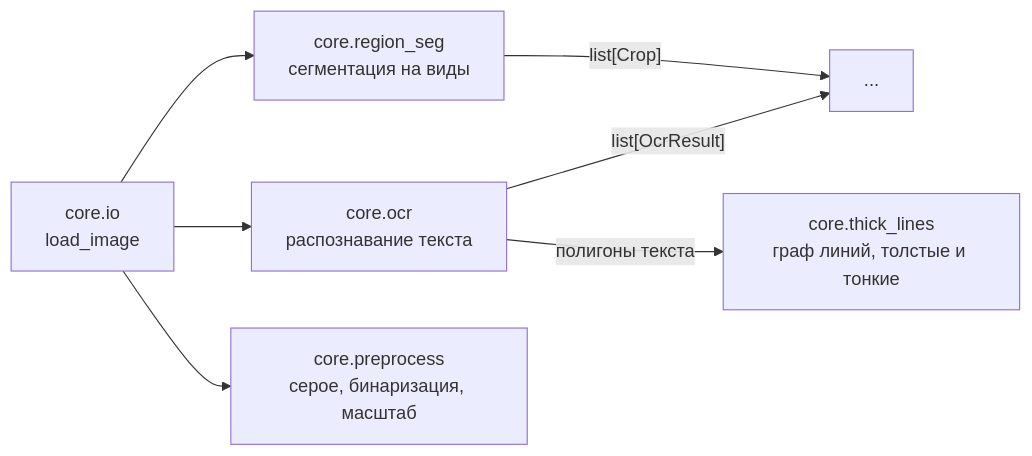
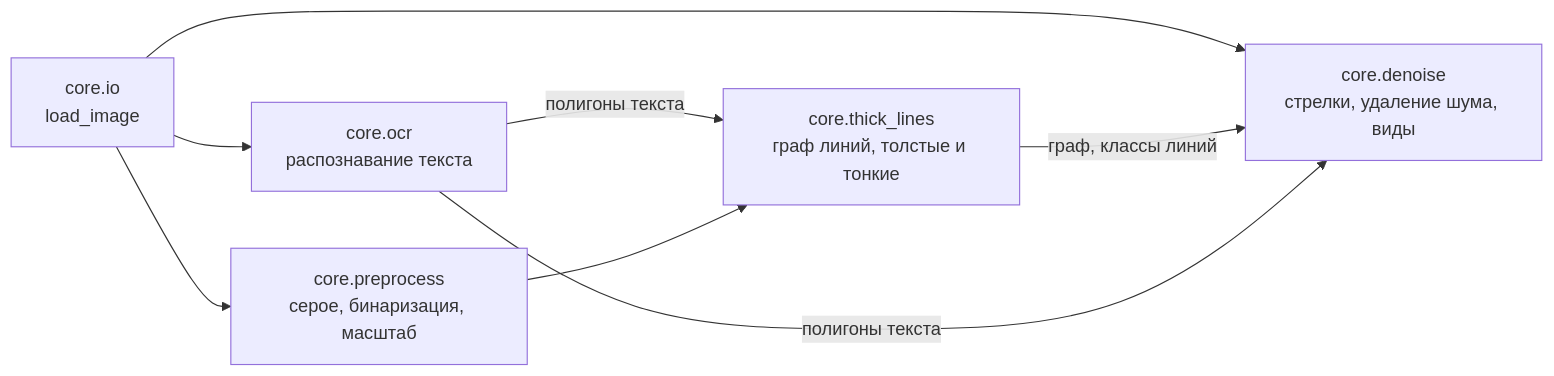
One commit to SergeyKrasnoslobodtsev/draftslice changed the diagram in docs/architecture/ARCHITECTURE.md. Above: the diagram before and after it, drawn with Mermaid. The commit also changed other lines of this file and 11 other files, not shown here.

````diff
--- a/docs/architecture/ARCHITECTURE.md
+++ b/docs/architecture/ARCHITECTURE.md
@@ -8,9 +8,10 @@
 ```mermaid
 flowchart LR
-    io["core.io<br/>load_image"] --> RS["core.region_seg<br/>сегментация на виды"]
-    io --> OCR["core.ocr<br/>распознавание текста"]
+    io["core.io<br/>load_image"] --> OCR["core.ocr<br/>распознавание текста"]
     io --> PP["core.preprocess<br/>серое, бинаризация, масштаб"]
-    RS -->|"list[Crop]"| Next["..."]
-    OCR -->|"list[OcrResult]"| Next
+    io --> DN["core.denoise<br/>стрелки, удаление шума, виды"]
     OCR -->|"полигоны текста"| TL["core.thick_lines<br/>граф линий, толстые и тонкие"]
+    PP --> TL
+    TL -->|"граф, классы линий"| DN
+    OCR -->|"полигоны текста"| DN
 ```
````
